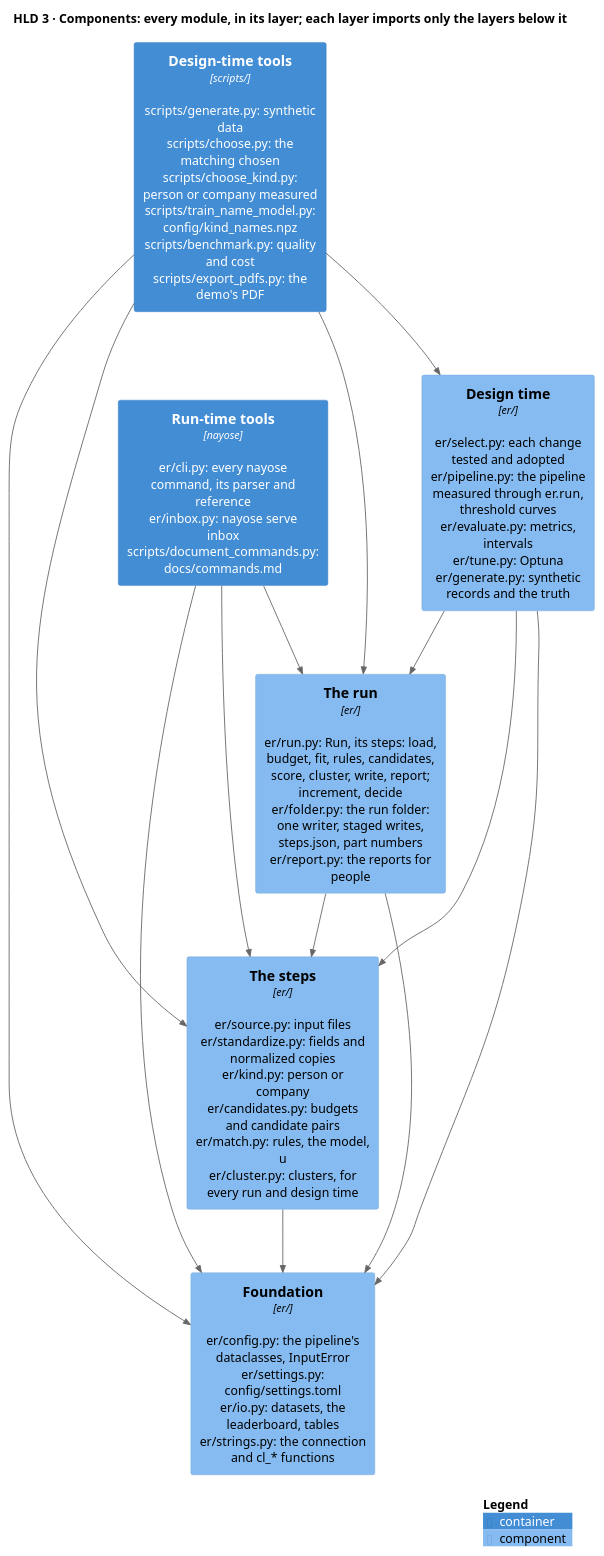
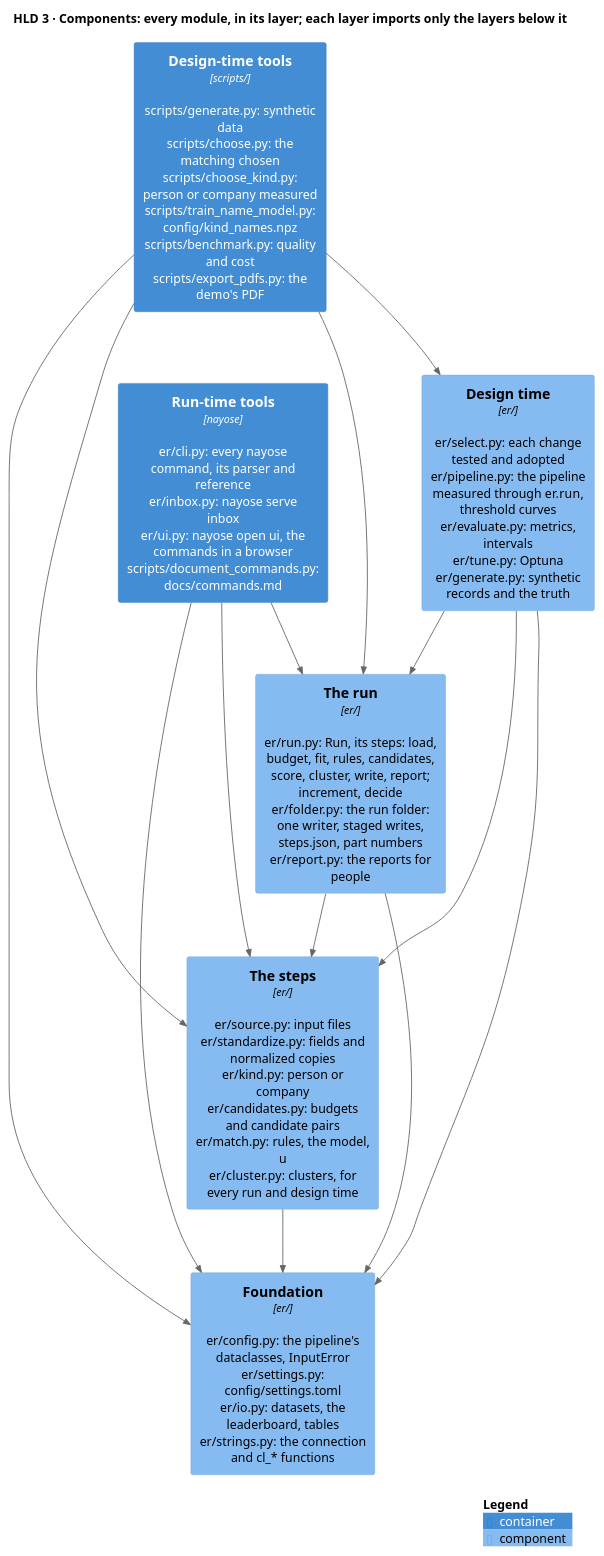
One commit to mvsbm/entity_matching changed the diagram in docs/diagrams/components.puml. Above: the diagram before and after it, drawn with PlantUML. The commit also changed 13 other files, not shown here.

First line of the commit message:
nayose open ui: the commands in a browser, built on their declarations

```diff
--- a/docs/diagrams/components.puml
+++ b/docs/diagrams/components.puml
@@ -1,30 +1,30 @@
 @startuml components
 !include <C4/C4_Component>
 LAYOUT_TOP_DOWN()
 HIDE_STEREOTYPE()
 title HLD 3 · Components: every module, in its layer; each layer imports only the layers below it
 
-Container(tools_run, "Run-time tools", "nayose", "er/cli.py: every nayose command, its parser and reference\ner/inbox.py: nayose serve inbox\nscripts/document_commands.py: docs/commands.md")
+Container(tools_run, "Run-time tools", "nayose", "er/cli.py: every nayose command, its parser and reference\ner/inbox.py: nayose serve inbox\ner/ui.py: nayose open ui, the commands in a browser\nscripts/document_commands.py: docs/commands.md")
 Container(tools_design, "Design-time tools", "scripts/", "scripts/generate.py: synthetic data\nscripts/choose.py: the matching chosen\nscripts/choose_kind.py: person or company measured\nscripts/train_name_model.py: config/kind_names.npz\nscripts/benchmark.py: quality and cost\nscripts/export_pdfs.py: the demo's PDF")
 
 Component(run, "The run", "er/", "er/run.py: Run, its steps: load, budget, fit, rules, candidates, score, cluster, write, report; increment, decide\ner/folder.py: the run folder: one writer, staged writes, steps.json, part numbers\ner/report.py: the reports for people")
 Component(design, "Design time", "er/", "er/select.py: each change tested and adopted\ner/pipeline.py: the pipeline measured through er.run, threshold curves\ner/evaluate.py: metrics, intervals\ner/tune.py: Optuna\ner/generate.py: synthetic records and the truth")
 Component(steps, "The steps", "er/", "er/source.py: input files\ner/standardize.py: fields and normalized copies\ner/kind.py: person or company\ner/candidates.py: budgets and candidate pairs\ner/match.py: rules, the model, u\ner/cluster.py: clusters, for every run and design time")
 Component(configuration, "Foundation", "er/", "er/config.py: the pipeline's dataclasses, InputError\ner/settings.py: config/settings.toml\ner/io.py: datasets, the leaderboard, tables\ner/strings.py: the connection and cl_* functions")
 
 Rel_D(tools_run, run, "")
 Rel_D(tools_run, steps, "")
 Rel_D(tools_run, configuration, "")
 Rel_D(tools_design, run, "")
 Rel_D(tools_design, design, "")
 Rel_D(tools_design, steps, "")
 Rel_D(tools_design, configuration, "")
 Rel_D(run, steps, "")
 Rel_D(run, configuration, "")
 Rel_D(design, run, "")
 Rel_D(design, steps, "")
 Rel_D(design, configuration, "")
 Rel_D(steps, configuration, "")
 
 SHOW_LEGEND()
 @enduml
```
